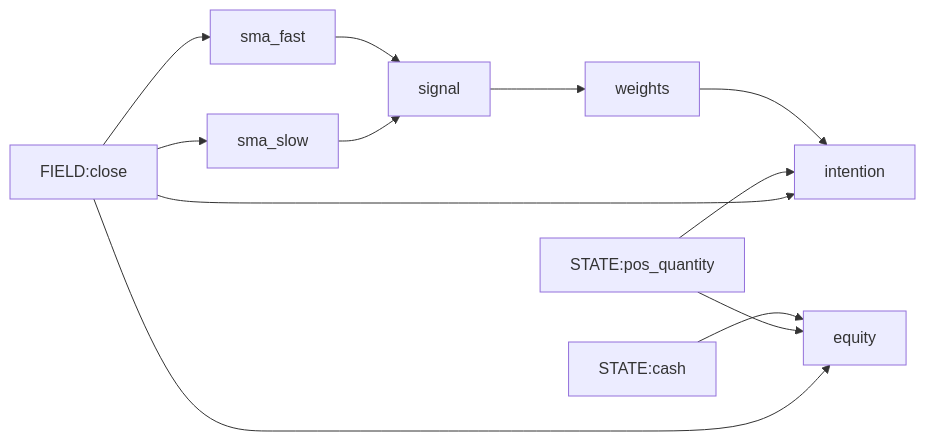
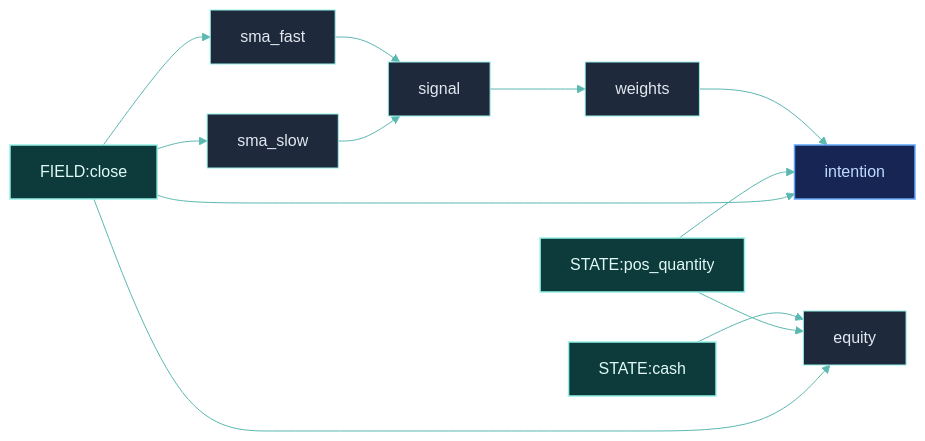
Before and after one commit to Clypt/docs: the second of 3 diagrams in backtesting/lookahead-bias-prevention.mdx, drawn with Mermaid. The commit also changed other lines of this file and 73 other files, not shown here.

````diff
--- a/backtesting/lookahead-bias-prevention.mdx
+++ b/backtesting/lookahead-bias-prevention.mdx
@@ -116,14 +124,21 @@
 ```mermaid
+%%{init: {'theme': 'base', 'themeVariables': { 'primaryColor': '#1e293b', 'primaryTextColor': '#e2e8f0', 'primaryBorderColor': '#94F1E8', 'lineColor': '#5bb8b0', 'clusterBkg': '#0f172a', 'clusterBorder': '#1e3a3a', 'titleColor': '#94F1E8', 'edgeLabelBackground': 'transparent' }}}%%
 flowchart LR
+    classDef source fill:#0d3b3b,stroke:#94F1E8,stroke-width:1.5px,color:#e0faf7
+    classDef action fill:#172554,stroke:#60a5fa,stroke-width:1.5px,color:#bfdbfe
+
     FC["FIELD:close"] --> SF["sma_fast"]
     FC --> SS["sma_slow"]
     SF --> SIG["signal"]
     SS --> SIG
     SIG --> W["weights"]
     SC["STATE:cash"] --> EQ["equity"]
     SP["STATE:pos_quantity"] --> EQ
     FC --> EQ
     W --> INT["intention"]
     SP --> INT
     FC --> INT
+
+    class FC,SC,SP source
+    class INT action
 ```
````
